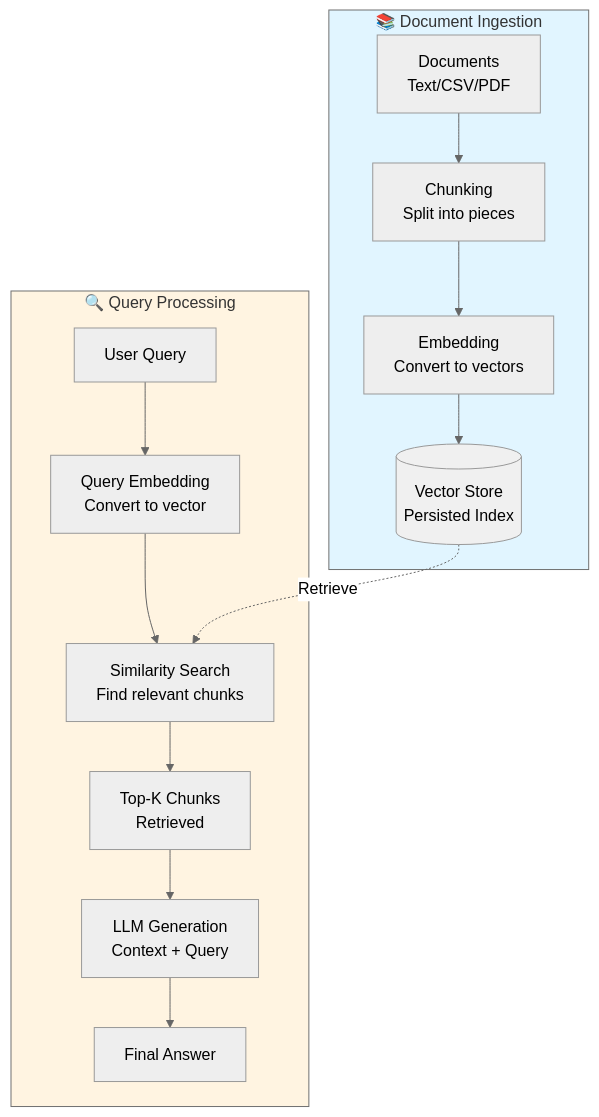
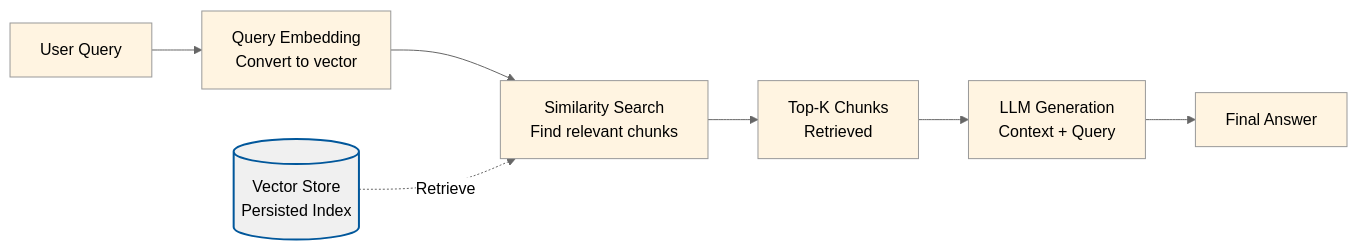
One commit to duckbite/rag-techniques changed the second of 2 diagrams in README.md. Above: the diagram before and after it, drawn with Mermaid (neutral theme). The commit also changed other lines of this file and 36 other files, not shown here.

````diff
--- a/README.md
+++ b/README.md
@@ -24,21 +44,18 @@
 ```mermaid
-flowchart TB
-    subgraph Ingestion["📚 Document Ingestion"]
-        A[Documents<br/>Text/CSV/PDF] --> B[Chunking<br/>Split into pieces]
-        B --> C[Embedding<br/>Convert to vectors]
-        C --> D[(Vector Store<br/>Persisted Index)]
-    end
+flowchart LR
+    E[User Query] --> F[Query Embedding<br/>Convert to vector]
+    F --> G[Similarity Search<br/>Find relevant chunks]
+    G --> H[Top-K Chunks<br/>Retrieved]
+    H --> I[LLM Generation<br/>Context + Query]
+    I --> J[Final Answer]
     
-    subgraph Query["🔍 Query Processing"]
-        E[User Query] --> F[Query Embedding<br/>Convert to vector]
-        F --> G[Similarity Search<br/>Find relevant chunks]
-        D -.->|Retrieve| G
-        G --> H[Top-K Chunks<br/>Retrieved]
-        H --> I[LLM Generation<br/>Context + Query]
-        I --> J[Final Answer]
-    end
+    VStore[(Vector Store<br/>Persisted Index)] -.->|Retrieve| G
     
-    style Ingestion fill:#e1f5ff
-    style Query fill:#fff4e1
-    style D fill:#f0f0f0
+    style E fill:#fff4e1
+    style F fill:#fff4e1
+    style G fill:#fff4e1
+    style H fill:#fff4e1
+    style I fill:#fff4e1
+    style J fill:#fff4e1
+    style VStore fill:#f0f0f0,stroke:#01579b,stroke-width:2px
 ```
````
